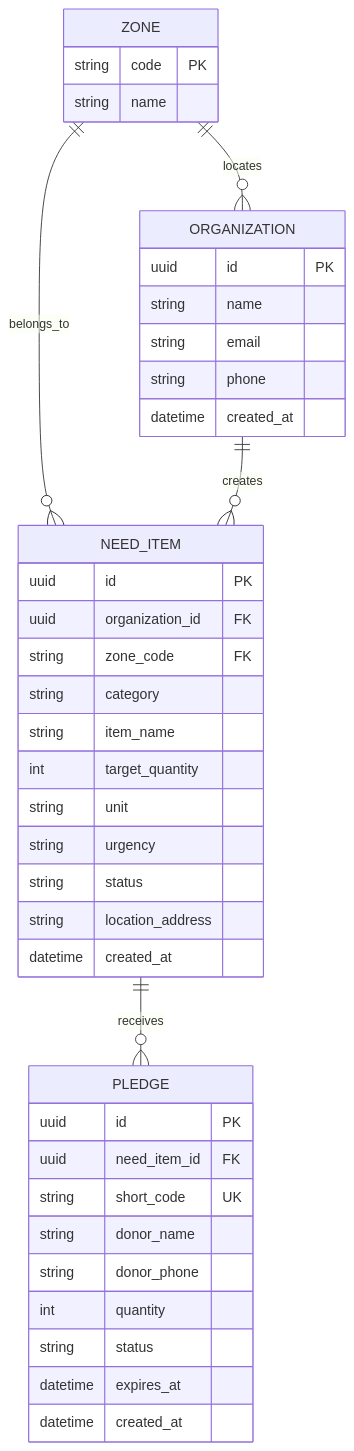
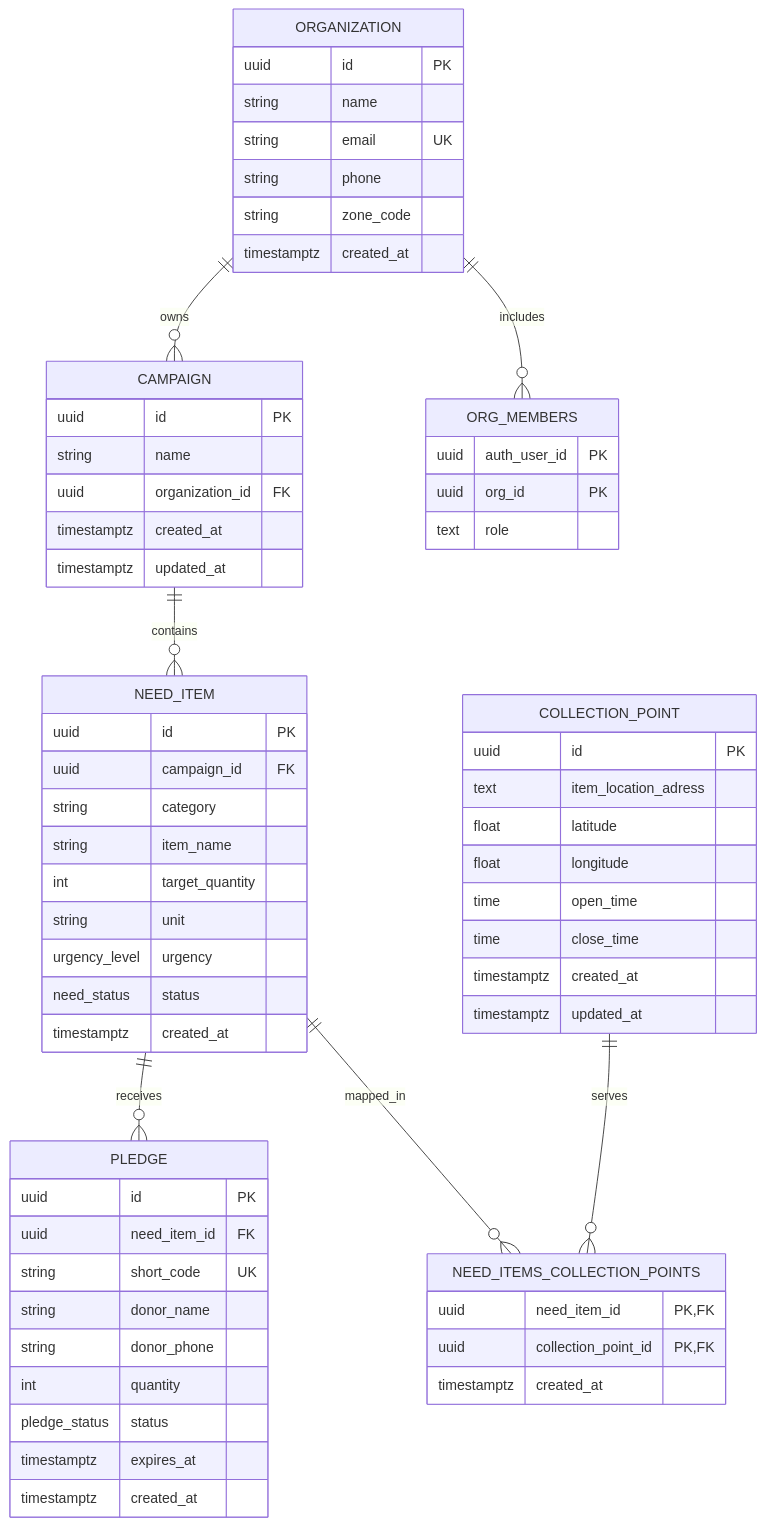
The second of 2 diagrams in docs/PROPUESTA_ARQUITECTURA.md (JuniorCorzo/handly), drawn with Mermaid before and after one commit. The commit also changed other lines of this file, not shown here.

Commit message:
docs(architecture): update ER diagram and DDL with actual database schema

````diff
--- a/docs/PROPUESTA_ARQUITECTURA.md
+++ b/docs/PROPUESTA_ARQUITECTURA.md
@@ -88,46 +88,73 @@
 ```mermaid
 erDiagram
-    ZONE ||--o{ ORGANIZATION : locates
-    ZONE ||--o{ NEED_ITEM : belongs_to
-    ORGANIZATION ||--o{ NEED_ITEM : creates
+    ORGANIZATION ||--o{ CAMPAIGN : owns
+    ORGANIZATION ||--o{ ORG_MEMBERS : includes
+    CAMPAIGN ||--o{ NEED_ITEM : contains
     NEED_ITEM ||--o{ PLEDGE : receives
-
-    ZONE {
-        string code PK
-        string name
-    }
+    NEED_ITEM ||--o{ NEED_ITEMS_COLLECTION_POINTS : mapped_in
+    COLLECTION_POINT ||--o{ NEED_ITEMS_COLLECTION_POINTS : serves
 
     ORGANIZATION {
         uuid id PK
         string name
-        string email
+        string email UK
         string phone
-        datetime created_at
+        string zone_code
+        timestamptz created_at
+    }
+
+    ORG_MEMBERS {
+        uuid auth_user_id PK
+        uuid org_id PK
+        text role
+    }
+
+    CAMPAIGN {
+        uuid id PK
+        string name
+        uuid organization_id FK
+        timestamptz created_at
+        timestamptz updated_at
     }
 
     NEED_ITEM {
         uuid id PK
-        uuid organization_id FK
-        string zone_code FK
+        uuid campaign_id FK
         string category
         string item_name
         int target_quantity
         string unit
-        string urgency
-        string status
-        string location_address
-        datetime created_at
+        urgency_level urgency
+        need_status status
+        timestamptz created_at
+    }
+
+    COLLECTION_POINT {
+        uuid id PK
+        text item_location_adress
+        float latitude
+        float longitude
+        time open_time
+        time close_time
+        timestamptz created_at
+        timestamptz updated_at
+    }
+
+    NEED_ITEMS_COLLECTION_POINTS {
+        uuid need_item_id PK, FK
+        uuid collection_point_id PK, FK
+        timestamptz created_at
     }
 
     PLEDGE {
         uuid id PK
         uuid need_item_id FK
         string short_code UK
         string donor_name
         string donor_phone
         int quantity
-        string status
-        datetime expires_at
-        datetime created_at
+        pledge_status status
+        timestamptz expires_at
+        timestamptz created_at
     }
 ```
````
